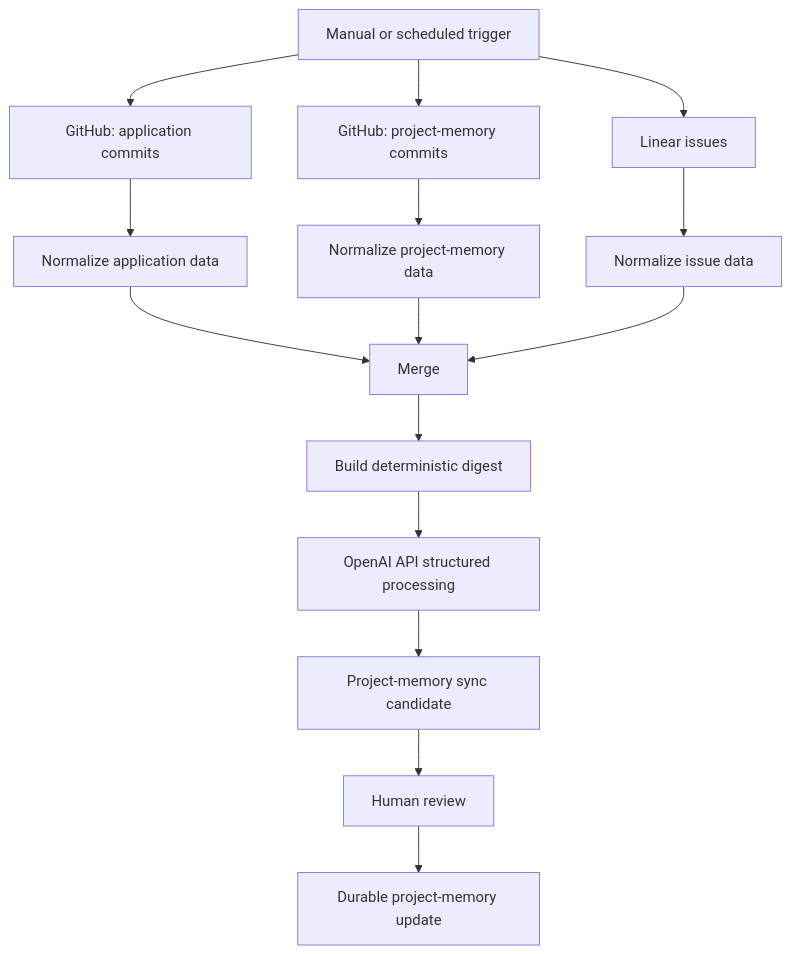
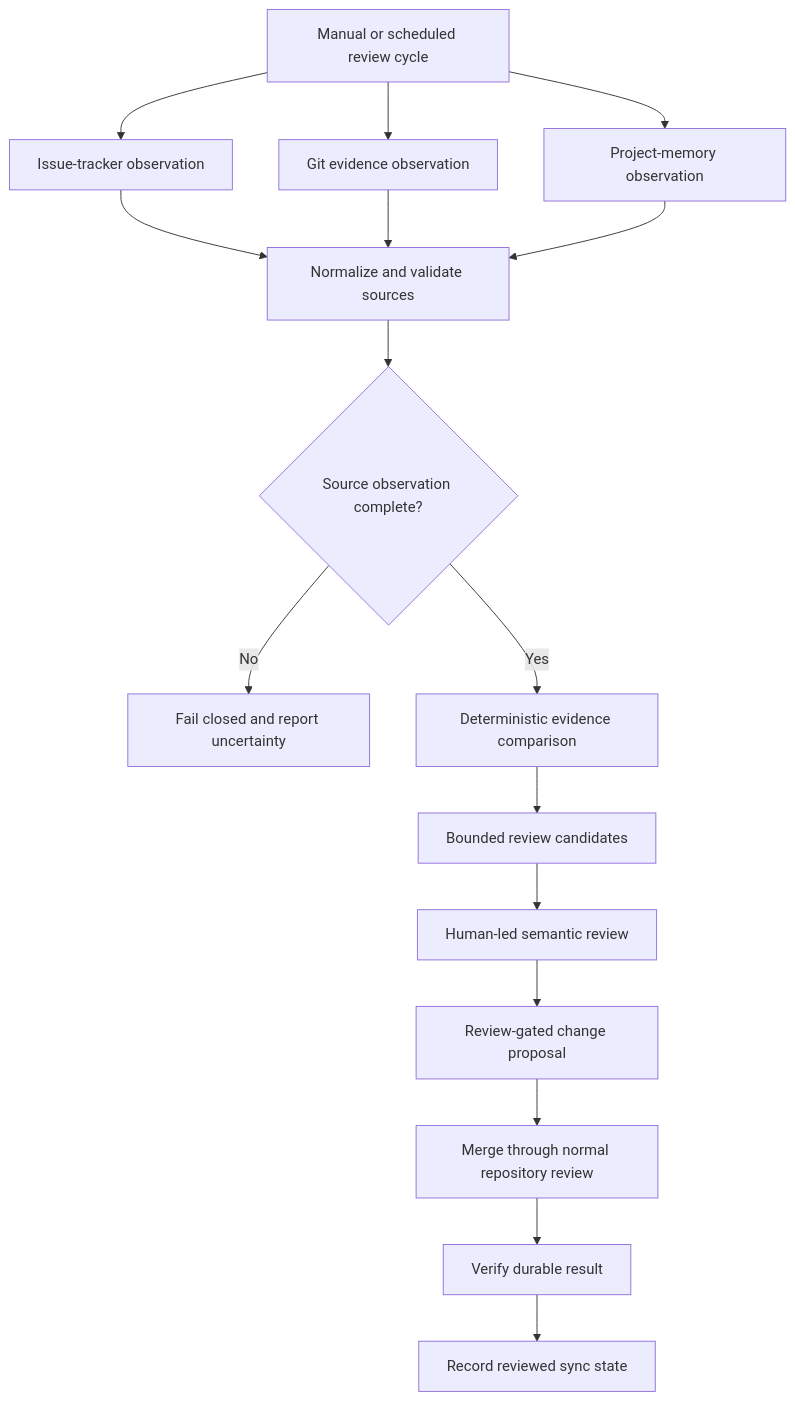
The diagram in README.md (Charles-drZ/automation-workflow-showcase), drawn with Mermaid before and after one commit. The commit also changed other lines of this file, not shown here.

````diff
--- a/README.md
+++ b/README.md
@@ -18,17 +56,18 @@
 ```mermaid
 flowchart TD
-    A[Manual or scheduled trigger] --> B[GitHub: application commits]
-    A --> C[GitHub: project-memory commits]
-    A --> D[Linear issues]
-    B --> E[Normalize application data]
-    C --> F[Normalize project-memory data]
-    D --> G[Normalize issue data]
-    E --> H[Merge]
-    F --> H
-    G --> H
-    H --> I[Build deterministic digest]
-    I --> J[OpenAI API structured processing]
-    J --> K[Project-memory sync candidate]
-    K --> L[Human review]
-    L --> M[Durable project-memory update]
+    A[Manual or scheduled review cycle] --> B[Issue-tracker observation]
+    A --> C[Git evidence observation]
+    A --> D[Project-memory observation]
+    B --> E[Normalize and validate sources]
+    C --> E
+    D --> E
+    E --> F{Source observation complete?}
+    F -- No --> G[Fail closed and report uncertainty]
+    F -- Yes --> H[Deterministic evidence comparison]
+    H --> I[Bounded review candidates]
+    I --> J[Human-led semantic review]
+    J --> K[Review-gated change proposal]
+    K --> L[Merge through normal repository review]
+    L --> M[Verify durable result]
+    M --> N[Record reviewed sync state]
 ```
````
